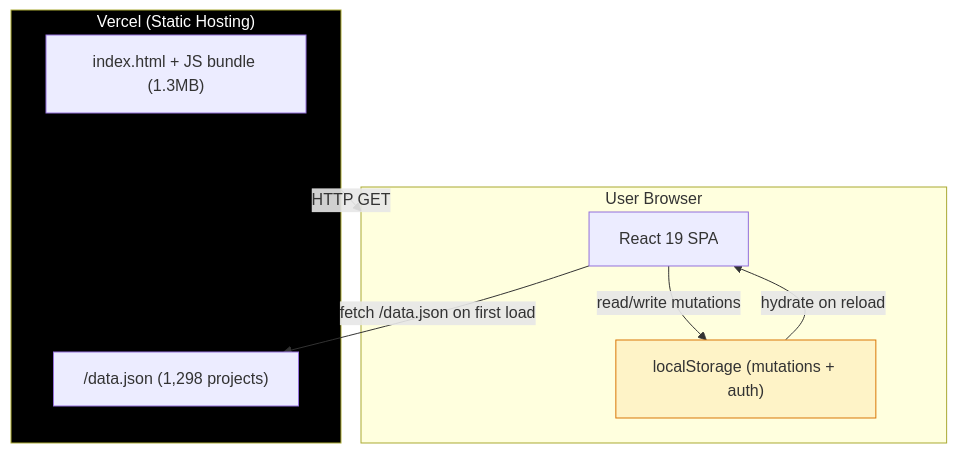
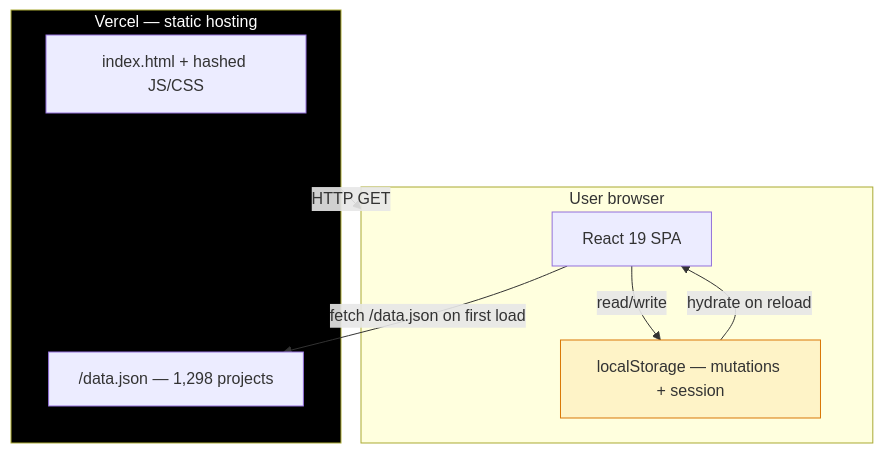
Before and after one commit to iceccarelli/bahn-project-manager: the first of 2 diagrams in README.md, drawn with Mermaid. The commit also changed other lines of this file, not shown here.

````diff
--- a/README.md
+++ b/README.md
@@ -73,20 +83,17 @@
 ```mermaid
 flowchart TD
-    subgraph Vercel["Vercel (Static Hosting)"]
-        HTML["index.html + JS bundle (1.3MB)"]
-        DATA["/data.json (1,298 projects)"]
+    subgraph Vercel["Vercel — static hosting"]
+        HTML["index.html + hashed JS/CSS"]
+        DATA["/data.json — 1,298 projects"]
     end
-
-    subgraph Browser["User Browser"]
+    subgraph Browser["User browser"]
         REACT["React 19 SPA"]
-        LS["localStorage (mutations + auth)"]
+        LS["localStorage — mutations + session"]
     end
-
-    Vercel -->|"HTTP GET"| Browser
-    REACT -->|"fetch /data.json on first load"| DATA
-    REACT -->|"read/write mutations"| LS
-    LS -->|"hydrate on reload"| REACT
-
+    Vercel -->|HTTP GET| Browser
+    REACT -->|fetch /data.json on first load| DATA
+    REACT -->|read/write| LS
+    LS -->|hydrate on reload| REACT
     style Vercel fill:#000,color:#fff
     style LS fill:#fef3c7,stroke:#d97706
 ```
````
